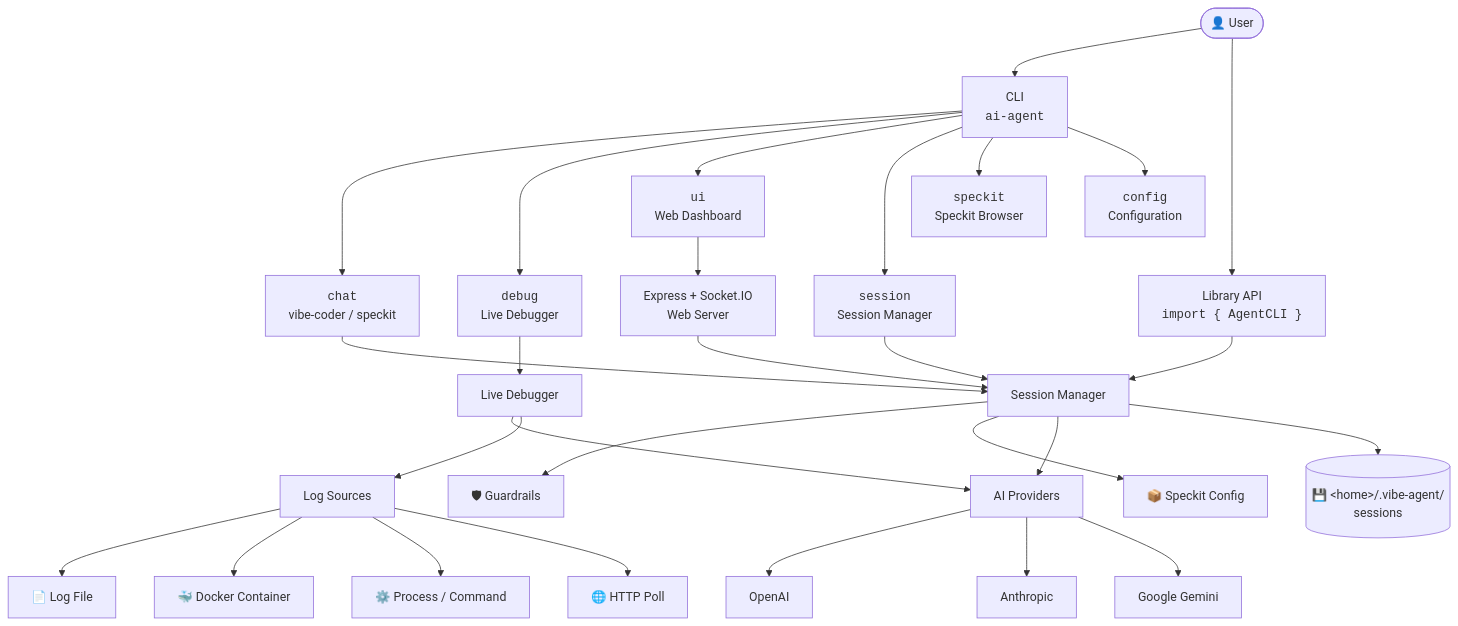
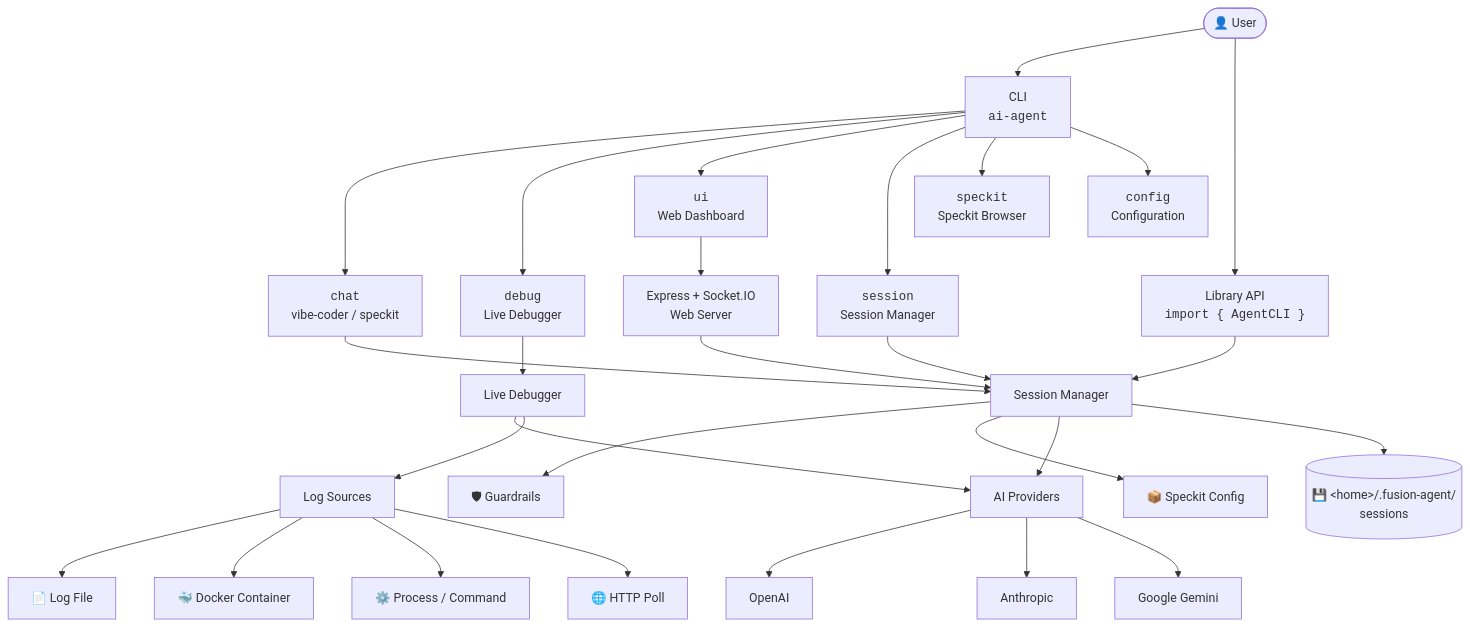
Before and after one commit to fury-r/fusion-agent: the first of 3 diagrams in README.md, drawn with Mermaid. The commit also changed other lines of this file and 9 other files, not shown here.

First line of the commit message:
rename: vibe-agent → fusion-agent

````diff
--- a/README.md
+++ b/README.md
@@ -30,38 +30,38 @@
 ```mermaid
 flowchart TD
     User([👤 User]) --> CLI["CLI\n<code>ai-agent</code>"]
     User --> LibAPI["Library API\n<code>import { AgentCLI }</code>"]
 
     CLI --> Chat["<code>chat</code>\nvibe-coder / speckit"]
     CLI --> Debug["<code>debug</code>\nLive Debugger"]
     CLI --> UI["<code>ui</code>\nWeb Dashboard"]
     CLI --> SessionCmd["<code>session</code>\nSession Manager"]
     CLI --> Speckit["<code>speckit</code>\nSpeckit Browser"]
     CLI --> Config["<code>config</code>\nConfiguration"]
 
     Chat --> SM[Session Manager]
     LibAPI --> SM
 
     SM --> Guardrails[🛡 Guardrails]
     SM --> SpeckitConf[📦 Speckit Config]
     SM --> Providers
 
     Debug --> LiveDbg[Live Debugger]
     LiveDbg --> Providers
     LiveDbg --> LogSrc[Log Sources]
 
     LogSrc --> LogFile[📄 Log File]
     LogSrc --> DockerSrc[🐳 Docker Container]
     LogSrc --> ProcSrc[⚙️ Process / Command]
     LogSrc --> HTTPSrc[🌐 HTTP Poll]
 
     Providers[AI Providers] --> OpenAI[OpenAI]
     Providers --> Anthropic[Anthropic]
     Providers --> Gemini[Google Gemini]
 
-    SM --> Storage[(💾 &lt;home&gt;/.vibe-agent/\nsessions)]
+    SM --> Storage[(💾 &lt;home&gt;/.fusion-agent/\nsessions)]
 
     UI --> WebServer["Express + Socket.IO\nWeb Server"]
     WebServer --> SM
     SessionCmd --> SM
 ```
````
